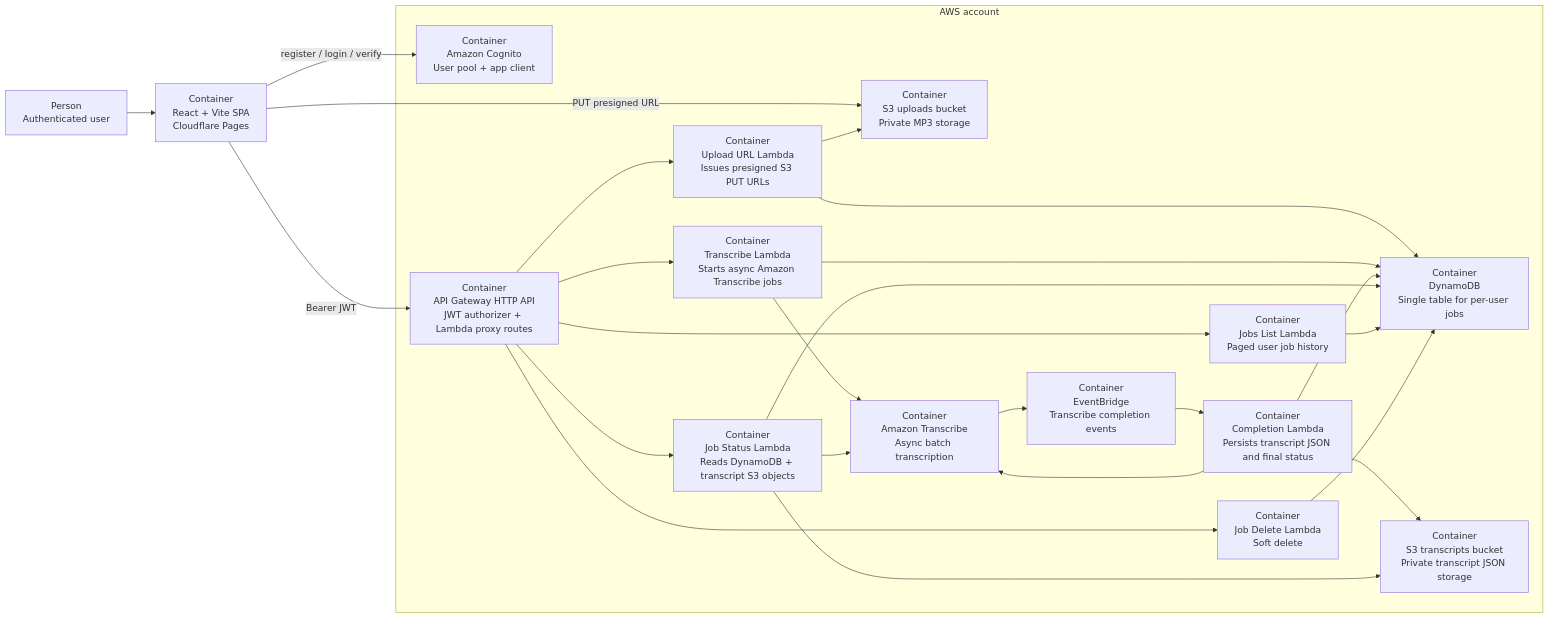
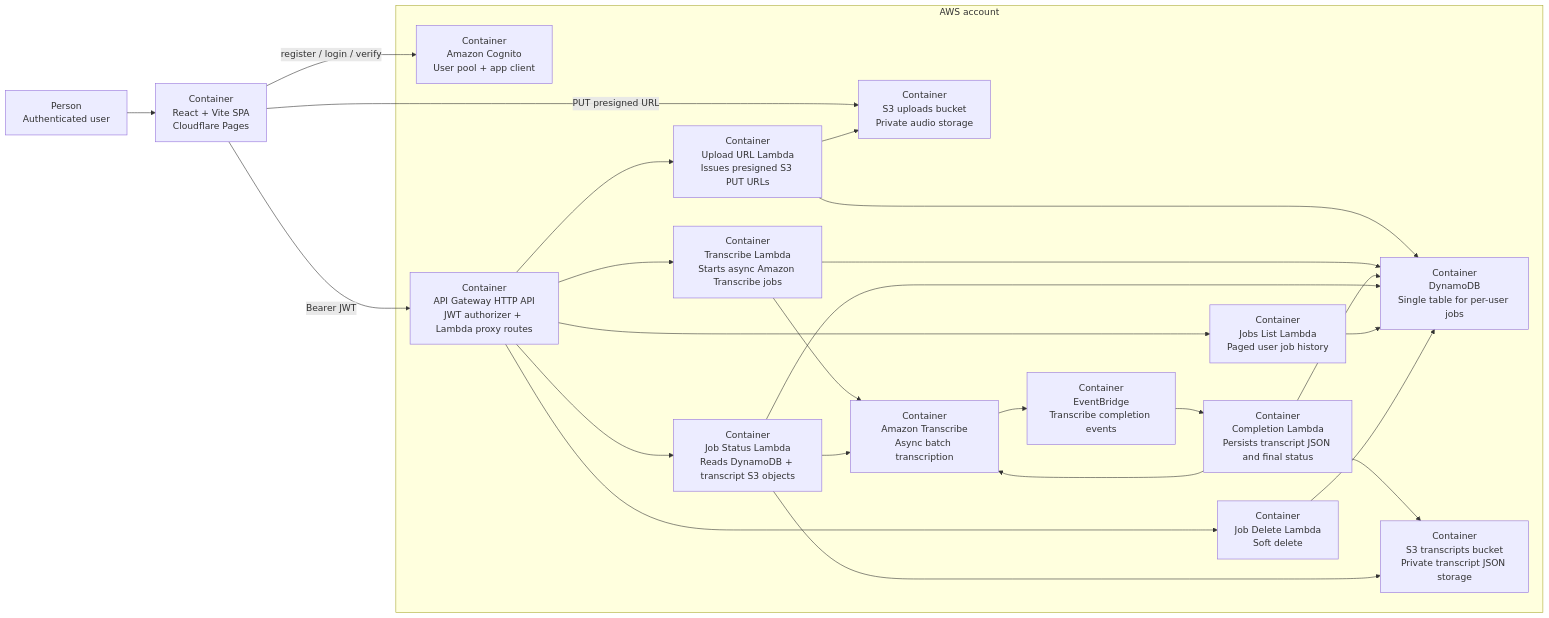
Before and after one commit to manynames3/super-transcriber: the diagram in docs/architecture.md, drawn with Mermaid. The commit also changed other lines of this file and 12 other files, not shown here.

````diff
--- a/docs/architecture.md
+++ b/docs/architecture.md
@@ -14,44 +14,44 @@
 ```mermaid
 flowchart LR
     user["Person\nAuthenticated user"] --> spa["Container\nReact + Vite SPA\nCloudflare Pages"]
 
     subgraph aws["AWS account"]
         cognito["Container\nAmazon Cognito\nUser pool + app client"]
         api["Container\nAPI Gateway HTTP API\nJWT authorizer + Lambda proxy routes"]
         uploadFn["Container\nUpload URL Lambda\nIssues presigned S3 PUT URLs"]
         transcribeFn["Container\nTranscribe Lambda\nStarts async Amazon Transcribe jobs"]
         statusFn["Container\nJob Status Lambda\nReads DynamoDB + transcript S3 objects"]
         listFn["Container\nJobs List Lambda\nPaged user job history"]
         deleteFn["Container\nJob Delete Lambda\nSoft delete"]
         completionFn["Container\nCompletion Lambda\nPersists transcript JSON and final status"]
         jobs["Container\nDynamoDB\nSingle table for per-user jobs"]
-        uploads["Container\nS3 uploads bucket\nPrivate MP3 storage"]
+        uploads["Container\nS3 uploads bucket\nPrivate audio storage"]
         transcripts["Container\nS3 transcripts bucket\nPrivate transcript JSON storage"]
         transcribe["Container\nAmazon Transcribe\nAsync batch transcription"]
         events["Container\nEventBridge\nTranscribe completion events"]
     end
 
     spa -->|"register / login / verify"| cognito
     spa -->|"Bearer JWT"| api
     api --> uploadFn
     api --> transcribeFn
     api --> statusFn
     api --> listFn
     api --> deleteFn
 
     spa -->|"PUT presigned URL"| uploads
     uploadFn --> jobs
     uploadFn --> uploads
     transcribeFn --> jobs
     transcribeFn --> transcribe
     transcribe --> events
     events --> completionFn
     completionFn --> transcribe
     completionFn --> jobs
     completionFn --> transcripts
     statusFn --> jobs
     statusFn --> transcripts
     statusFn --> transcribe
     listFn --> jobs
     deleteFn --> jobs
 ```
````
